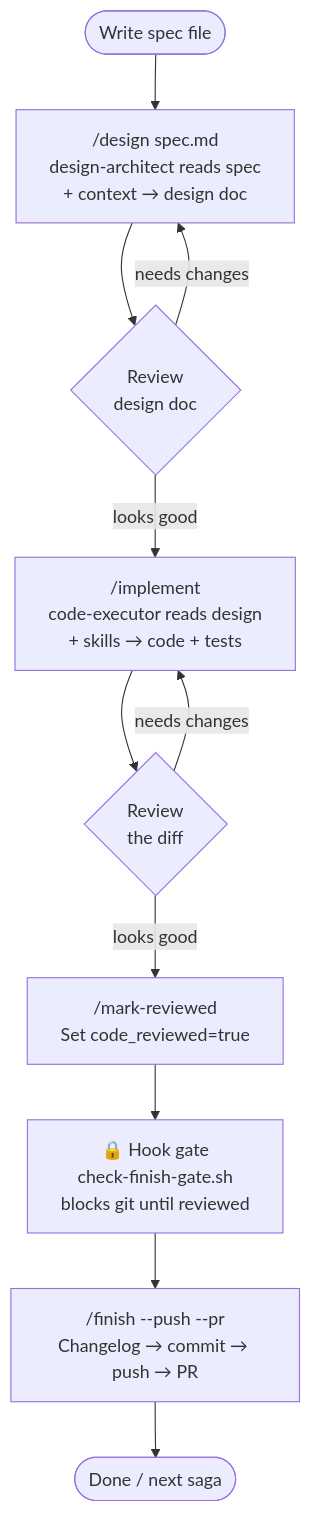
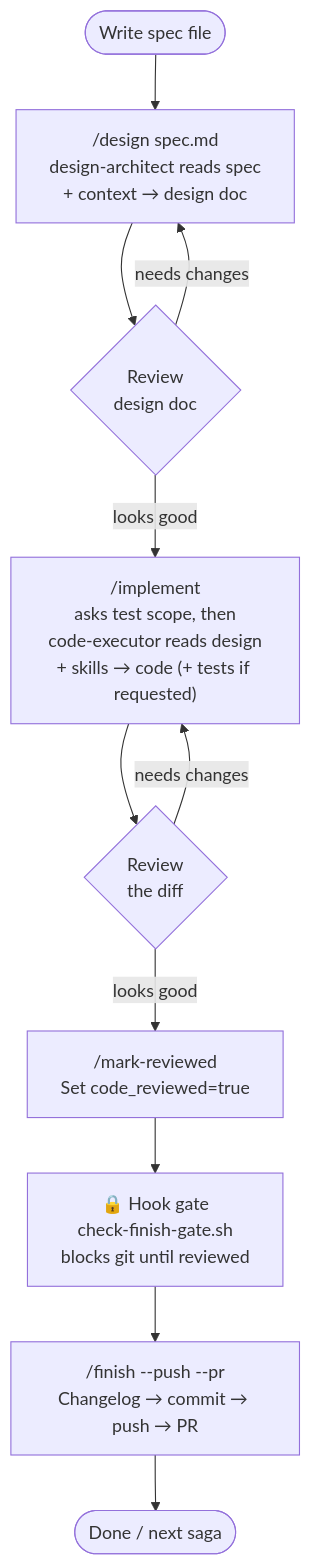
Before and after one commit to thepipeman/saga: the diagram in README.md, drawn with Mermaid. The commit also changed other lines of this file and 4 other files, not shown here.

````diff
--- a/README.md
+++ b/README.md
@@ -56,13 +56,13 @@
 ```mermaid
 flowchart TD
     A([Write spec file]) --> B["/design spec.md\ndesign-architect reads spec\n+ context → design doc"]
     B --> C{Review\ndesign doc}
     C -- needs changes --> B
-    C -- looks good --> F["/implement\ncode-executor reads design\n+ skills → code + tests"]
+    C -- looks good --> F["/implement\nasks test scope, then\ncode-executor reads design\n+ skills → code (+ tests if requested)"]
     F --> G{Review\nthe diff}
     G -- needs changes --> F
     G -- looks good --> H["/mark-reviewed\nSet code_reviewed=true"]
     H --> I["🔒 Hook gate\ncheck-finish-gate.sh\nblocks git until reviewed"]
     I --> J["/finish --push --pr\nChangelog → commit → push → PR"]
     J --> K([Done / next saga])
 ```
````
